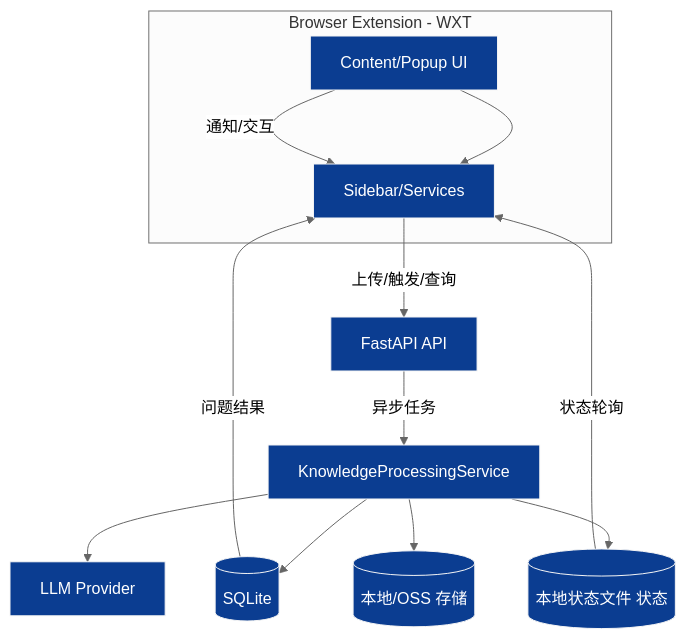
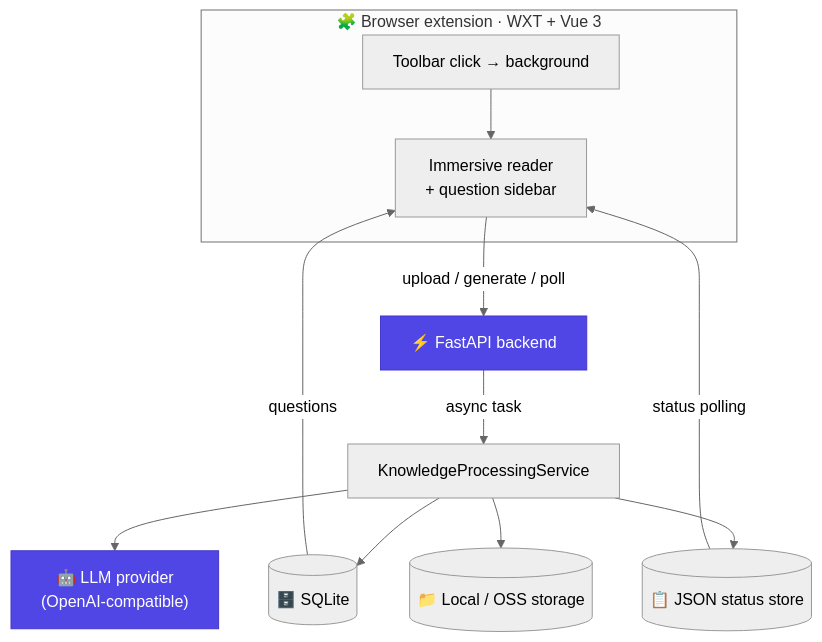
One commit to jiabai/InsightFlow changed the first of 2 diagrams in README.md. Above: the diagram before and after it, drawn with Mermaid (neutral theme). The commit also changed other lines of this file and 4 other files, not shown here.

````diff
--- a/README.md
+++ b/README.md
@@ -207,20 +66,19 @@
 ```mermaid
 flowchart TD
-  subgraph Browser_Extension [Browser Extension - WXT]
-    A[Content/Popup UI] --> B[Sidebar/Services]
-  end
-  B -->|上传/触发/查询| D[FastAPI API]
-  A -->|通知/交互| B
+    subgraph EXT["🧩 Browser extension · WXT + Vue 3"]
+        A["Toolbar click → background"] --> B["Immersive reader<br/>+ question sidebar"]
+    end
 
-  D -->|异步任务| E[KnowledgeProcessingService]
-  E --> F[LLM Provider]
-  E --> G[(SQLite)]
-  E --> H[(本地状态文件 状态)]
-  E --> I[(本地/OSS 存储)]
+    B -->|"upload / generate / poll"| D["⚡ FastAPI backend"]
+    D -->|"async task"| E["KnowledgeProcessingService"]
+    E --> F["🤖 LLM provider<br/>(OpenAI-compatible)"]
+    E --> G[("🗄️ SQLite")]
+    E --> H[("📋 JSON status store")]
+    E --> I[("📁 Local / OSS storage")]
 
-  H -->|状态轮询| B
-  G -->|问题结果| B
+    H -->|"status polling"| B
+    G -->|"questions"| B
 
-  classDef dark fill:#0b3d91,stroke:#f5f5f5,color:#ffffff;
-  class A,B,D,E,F,G,H,I dark;
+    classDef accent fill:#4f46e5,stroke:#4338ca,color:#ffffff;
+    class D,F accent;
 ```
````
